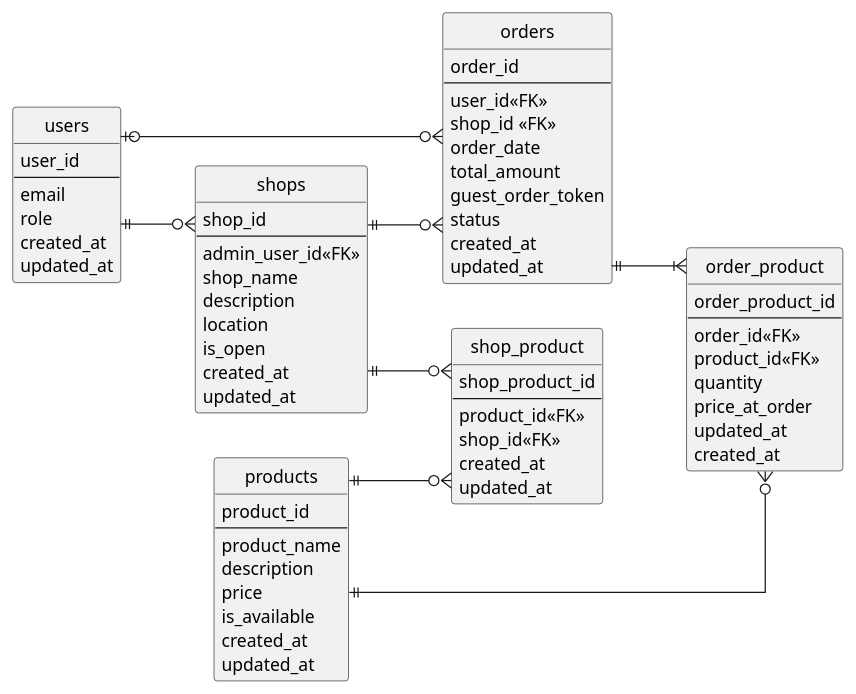
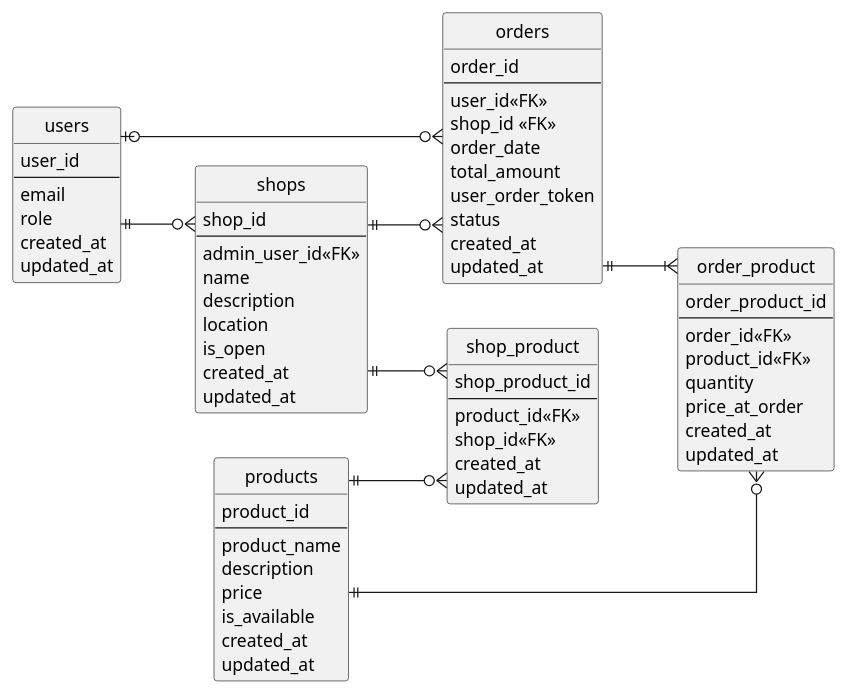
Before and after one commit to yamada-mikiya/A4-mobileorder: the diagram in backend/diagram.puml, drawn with PlantUML. The commit also changed 21 other files, not shown here.

```diff
--- a/backend/diagram.puml
+++ b/backend/diagram.puml
@@ -1,82 +1,82 @@
 @startuml mobileorder
 ' hide the spot
 hide circle
 
 ' avoid problems with angled crows feet
 skinparam linetype ortho
 left to right direction
 
 entity "users" as users {
   user_id
   --
   email
   role
   created_at
   updated_at
 }
 
 entity "orders" as orders {
   order_id
   --
   user_id<<FK>>
   shop_id <<FK>>
   order_date
   total_amount
-  guest_order_token
+  user_order_token
   status
   created_at
   updated_at
 }
 
 entity "order_product" as order_product {
   order_product_id
   --
   order_id<<FK>>
   product_id<<FK>>
   quantity
   price_at_order
+  created_at
   updated_at
-  created_at
 }
 
 entity "products" as products {
   product_id
   --
   product_name
   description
   price
   is_available
   created_at
   updated_at
 }
 
 entity "shop_product" as shop_product {
   shop_product_id
   --
   product_id<<FK>>
   shop_id<<FK>>
   created_at
   updated_at
 }
 
 entity "shops" as shops {
   shop_id
   --
   admin_user_id<<FK>>
-  shop_name
+  name
   description
   location
   is_open
   created_at
   updated_at
 }
 
 users ||--o{ shops
 users |o--o{ orders
 orders ||--|{ order_product
 products ||--o{ order_product
 products ||--o{ shop_product
 shops ||--o{ shop_product
 shops ||--o{ orders
 
 @enduml
```
